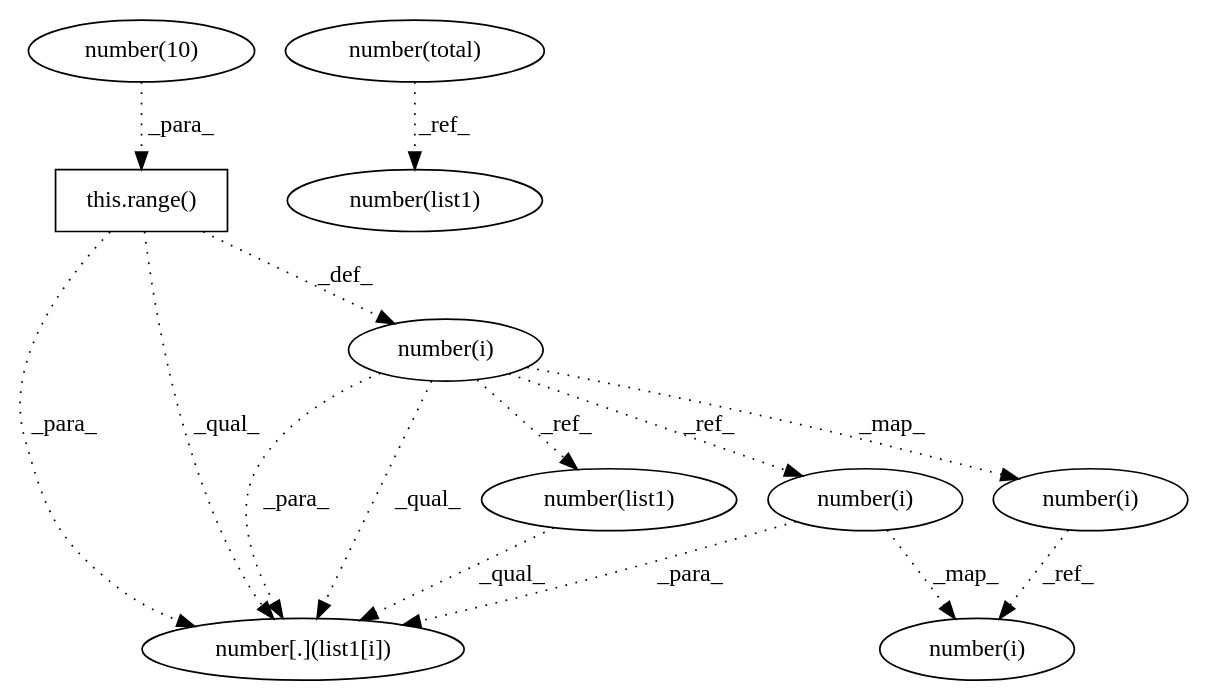
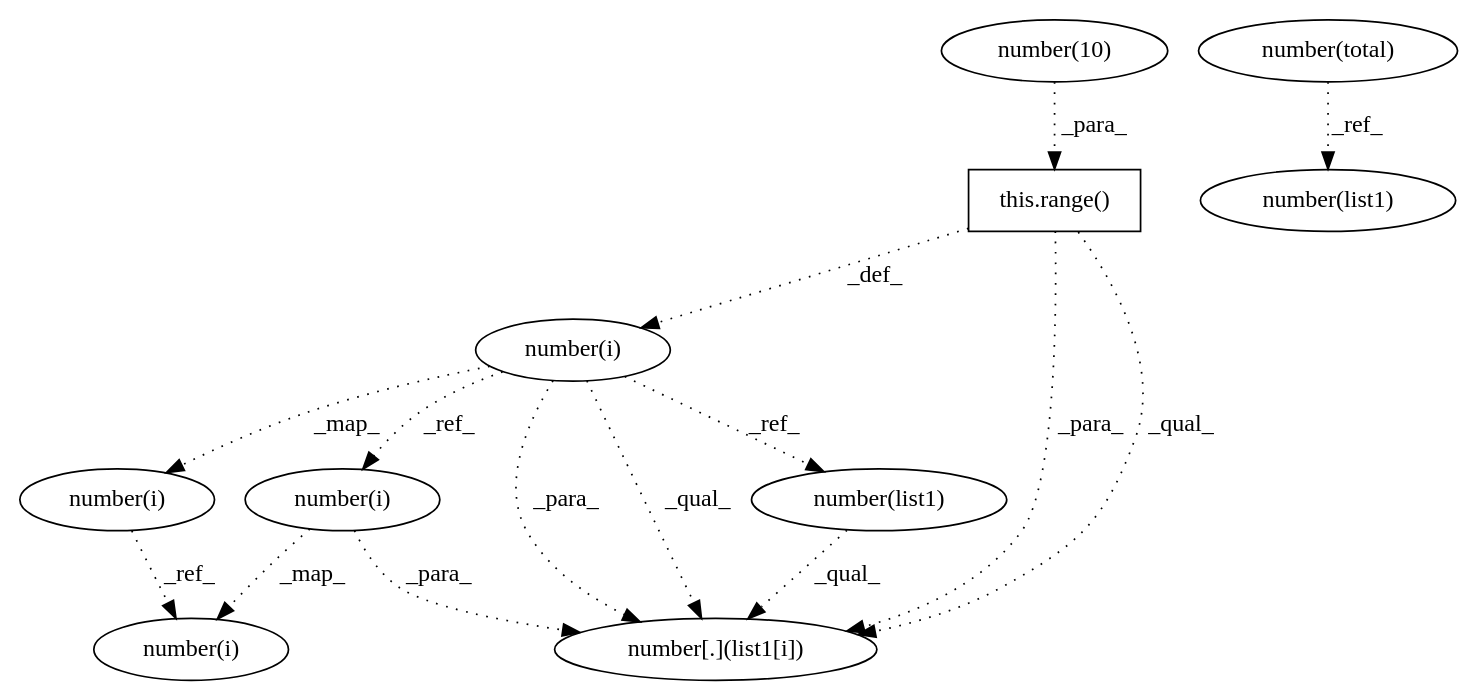
Before and after one commit to maldil/R-CPATMiner: the diagram in AtomicASTChangeMining/OUTPUT/DEBUG/71a8e803195794d18f4a0dcf7d81ec8515595fdf___0.dot, drawn with Graphviz. The commit also changed 75 other files, not shown here.

```diff
--- a/AtomicASTChangeMining/OUTPUT/DEBUG/71a8e803195794d18f4a0dcf7d81ec8515595fdf___0.dot
+++ b/AtomicASTChangeMining/OUTPUT/DEBUG/71a8e803195794d18f4a0dcf7d81ec8515595fdf___0.dot
@@ -1,26 +1,26 @@
 digraph G {
-1 [label="number[.](list1[i])" shape=ellipse]
+1 [label="number(i)" shape=ellipse]
 2 [label="number(i)" shape=ellipse]
-3 [label="number(list1)" shape=ellipse]
-4 [label="number(list1)" shape=ellipse]
-5 [label="number(10)" shape=ellipse]
-6 [label="this.range()" shape=box]
-7 [label="number(i)" shape=ellipse]
-8 [label="number(i)" shape=ellipse]
-9 [label="number(total)" shape=ellipse]
+3 [label="number(i)" shape=ellipse]
+4 [label="number[.](list1[i])" shape=ellipse]
+5 [label="number(list1)" shape=ellipse]
+6 [label="number(list1)" shape=ellipse]
+7 [label="number(total)" shape=ellipse]
+8 [label="this.range()" shape=box]
+9 [label="number(10)" shape=ellipse]
 10 [label="number(i)" shape=ellipse]
-4 -> 1 [label="_qual_" style=dotted];
-8 -> 1 [label="_para_" style=dotted];
-7 -> 1 [label="_para_" style=dotted];
-6 -> 1 [label="_para_" style=dotted];
-7 -> 1 [label="_qual_" style=dotted];
-6 -> 1 [label="_qual_" style=dotted];
+3 -> 1 [label="_ref_" style=dotted];
 10 -> 2 [label="_ref_" style=dotted];
-8 -> 2 [label="_map_" style=dotted];
-9 -> 3 [label="_ref_" style=dotted];
-7 -> 4 [label="_ref_" style=dotted];
-5 -> 6 [label="_para_" style=dotted];
-6 -> 7 [label="_def_" style=dotted];
-7 -> 8 [label="_ref_" style=dotted];
-7 -> 10 [label="_map_" style=dotted];
+1 -> 2 [label="_map_" style=dotted];
+8 -> 3 [label="_def_" style=dotted];
+6 -> 4 [label="_qual_" style=dotted];
+1 -> 4 [label="_para_" style=dotted];
+3 -> 4 [label="_para_" style=dotted];
+8 -> 4 [label="_para_" style=dotted];
+3 -> 4 [label="_qual_" style=dotted];
+8 -> 4 [label="_qual_" style=dotted];
+7 -> 5 [label="_ref_" style=dotted];
+3 -> 6 [label="_ref_" style=dotted];
+9 -> 8 [label="_para_" style=dotted];
+3 -> 10 [label="_map_" style=dotted];
 }
```
